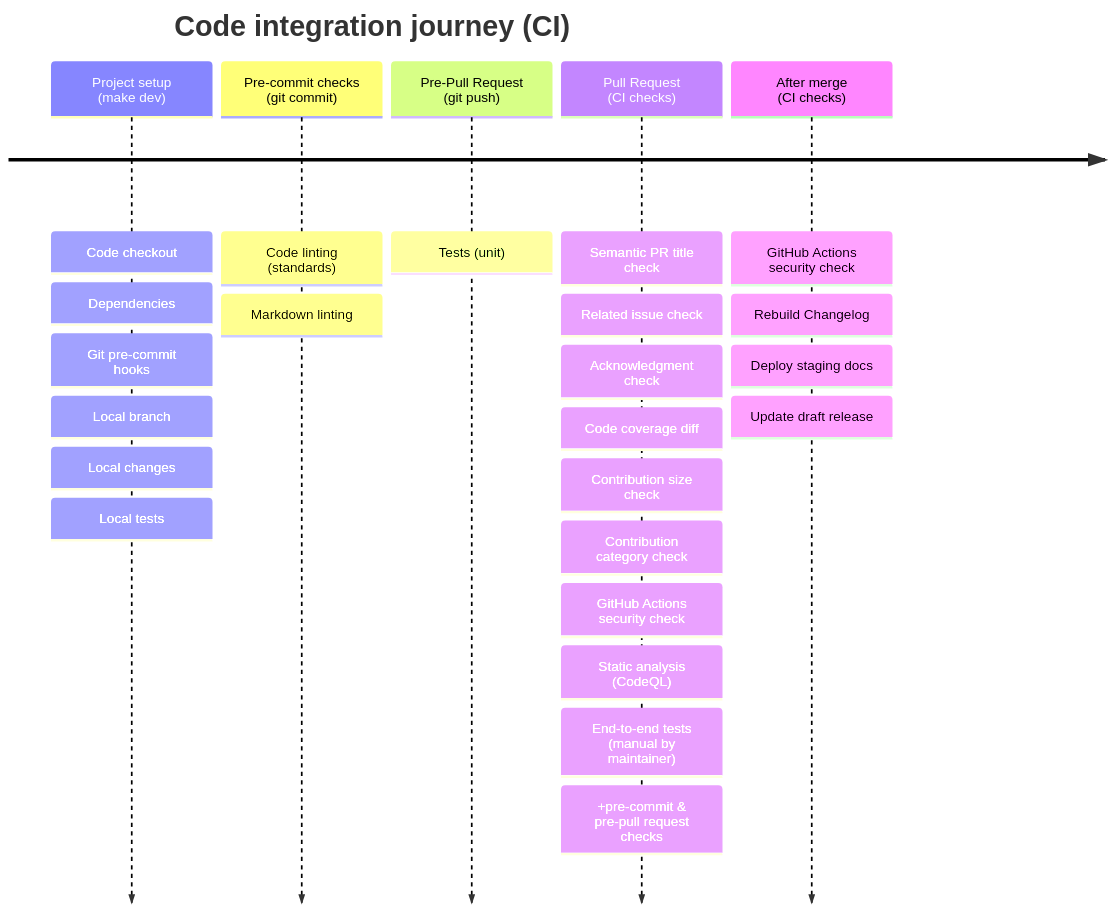
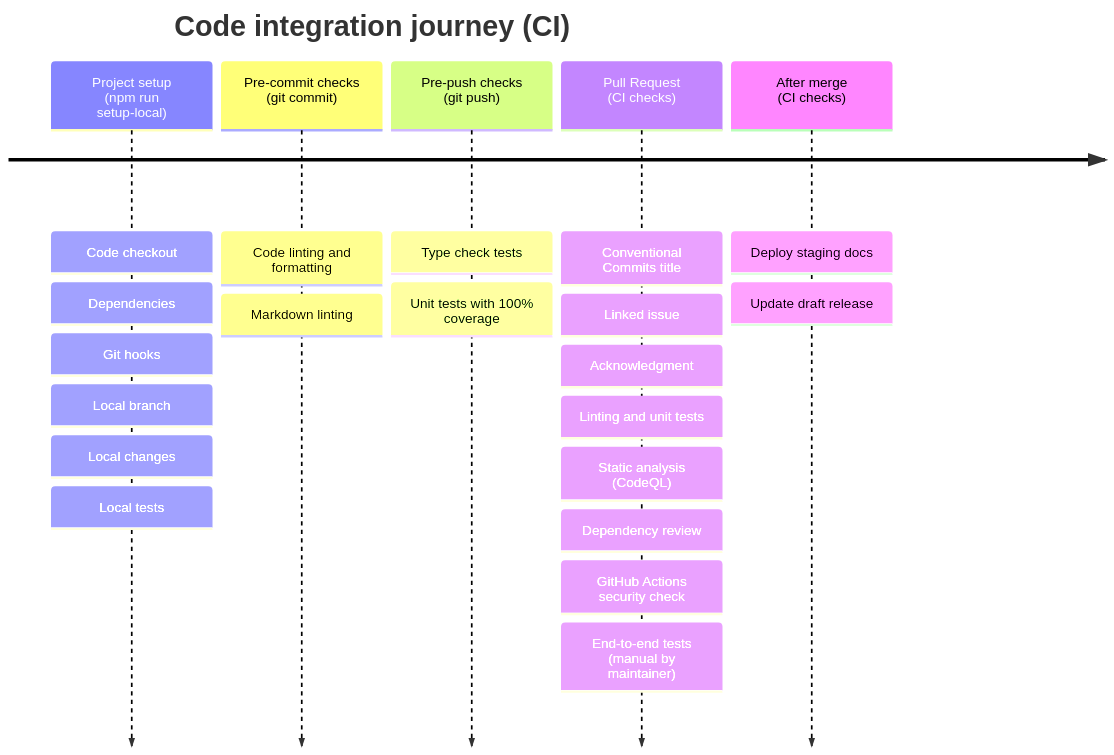
Before and after one commit to aws-powertools/powertools-lambda-typescript: the first of 2 diagrams in CONTRIBUTING.md, drawn with Mermaid. The commit also changed other lines of this file and 11 other files, not shown here.

````diff
--- a/CONTRIBUTING.md
+++ b/CONTRIBUTING.md
@@ -46,31 +64,28 @@
 ```mermaid
 timeline
     title Code integration journey (CI)
-    Project setup <br> (make dev)   : Code checkout
-                                    : Dependencies
-                                    : Git pre-commit hooks
-                                    : Local branch
-                                    : Local changes
-                                    : Local tests
+    Project setup <br> (npm run setup-local)   : Code checkout
+                                               : Dependencies
+                                               : Git hooks
+                                               : Local branch
+                                               : Local changes
+                                               : Local tests
 
-    Pre-commit checks <br> (git commit)   : Code linting (standards)
+    Pre-commit checks <br> (git commit)   : Code linting and formatting
                                           : Markdown linting
 
-    Pre-Pull Request <br> (git push)   : Tests (unit)
+    Pre-push checks <br> (git push)   : Type check tests
+                                      : Unit tests with 100% coverage
 
-    Pull Request <br> (CI checks)   : Semantic PR title check
-                                    : Related issue check
-                                    : Acknowledgment check
-                                    : Code coverage diff
-                                    : Contribution size check
-                                    : Contribution category check
+    Pull Request <br> (CI checks)   : Conventional Commits title
+                                    : Linked issue
+                                    : Acknowledgment
+                                    : Linting and unit tests
+                                    : Static analysis (CodeQL)
+                                    : Dependency review
                                     : GitHub Actions security check
-                                    : Static analysis (CodeQL)
                                     : End-to-end tests (manual by maintainer)
-                                    : +pre-commit & pre-pull request checks
 
-    After merge <br> (CI checks)    : GitHub Actions security check
-                                    : Rebuild Changelog
-                                    : Deploy staging docs
+    After merge <br> (CI checks)    : Deploy staging docs
                                     : Update draft release
 ```
````
